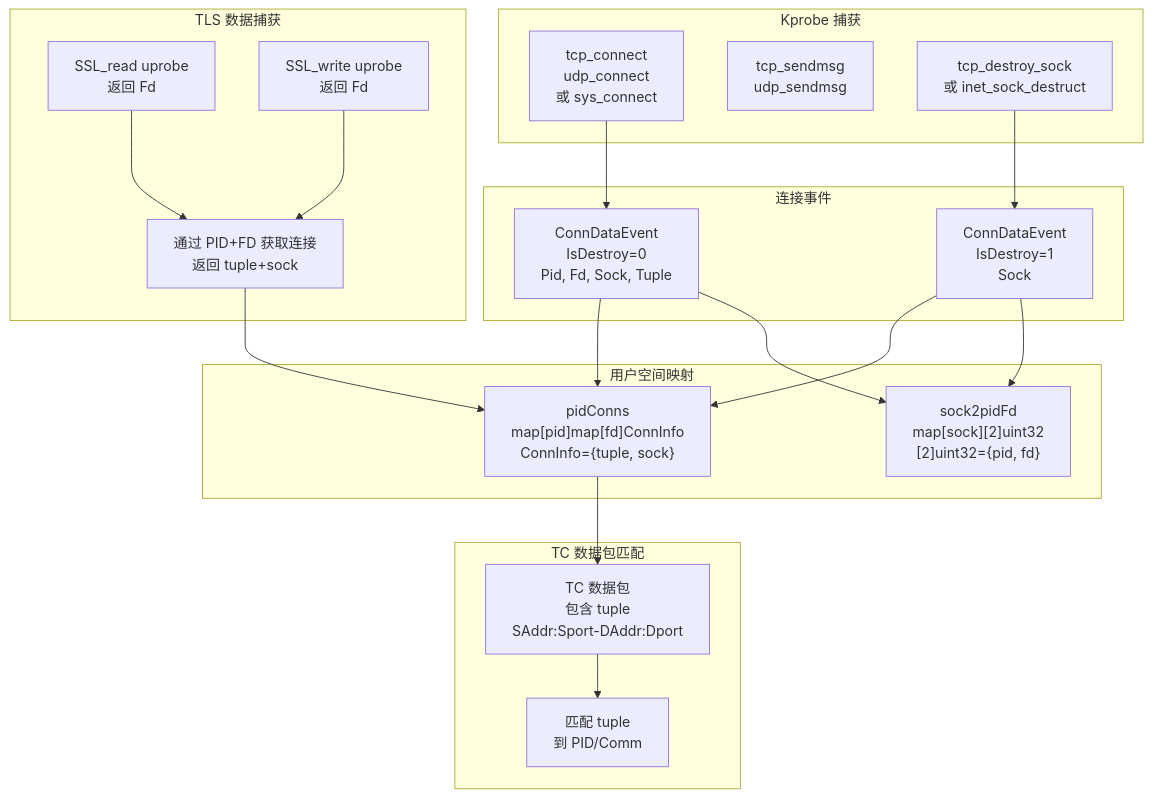
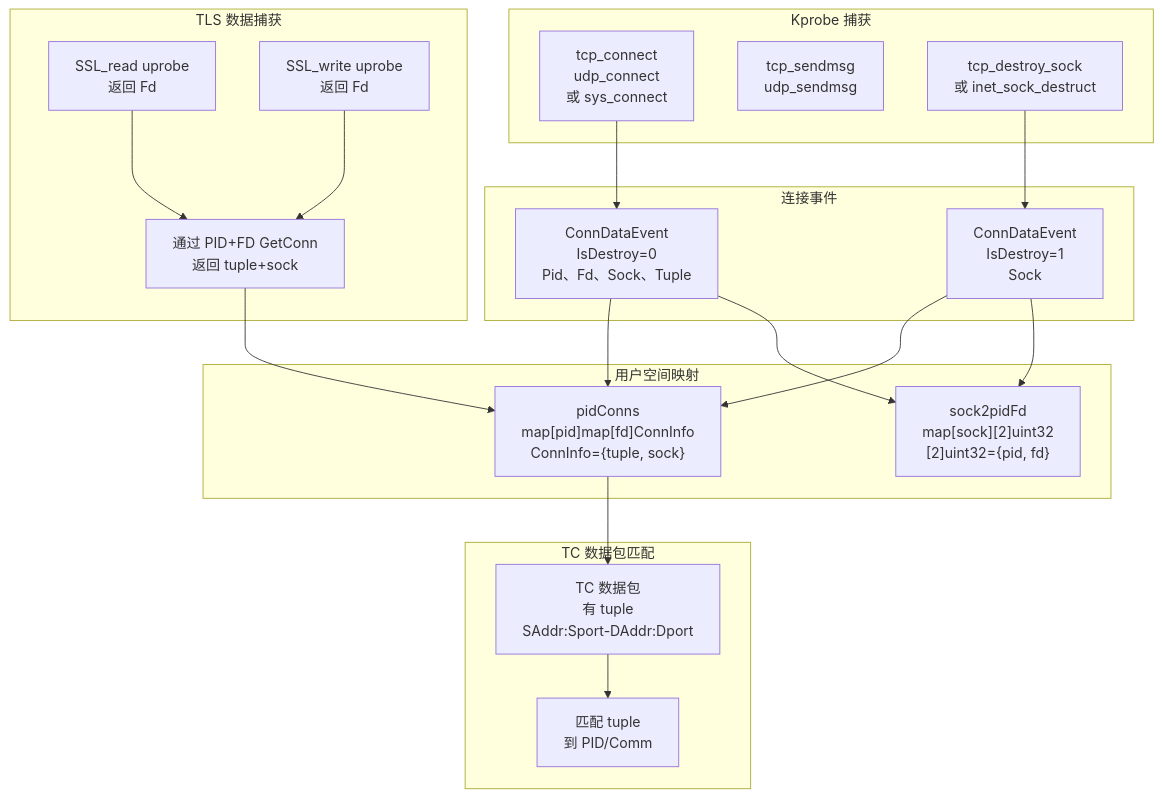
The seventh of 8 diagrams in src/zh/4-output-formats/4.2-pcap-integration.md (gojue/ecapture.cc), drawn with Mermaid before and after one commit. The commit also changed other lines of this file and 115 other files, not shown here.

````diff
--- a/src/zh/4-output-formats/4.2-pcap-integration.md
+++ b/src/zh/4-output-formats/4.2-pcap-integration.md
@@ -600,45 +605,45 @@
 ```mermaid
 graph TB
     subgraph "Kprobe 捕获"
-        CONNECT[tcp_connect<br/>udp_connect<br/>或 sys_connect]
-        SENDMSG[tcp_sendmsg<br/>udp_sendmsg]
-        DESTROY[tcp_destroy_sock<br/>或 inet_sock_destruct]
+        CONNECT["tcp_connect<br/>udp_connect<br/>或 sys_connect"]
+        SENDMSG["tcp_sendmsg<br/>udp_sendmsg"]
+        DESTROY["tcp_destroy_sock<br/>或 inet_sock_destruct"]
     end
     
     subgraph "连接事件"
-        CONN_CREATE[ConnDataEvent<br/>IsDestroy=0<br/>Pid, Fd, Sock, Tuple]
-        CONN_DESTROY[ConnDataEvent<br/>IsDestroy=1<br/>Sock]
+        CONN_CREATE["ConnDataEvent<br/>IsDestroy=0<br/>Pid、Fd、Sock、Tuple"]
+        CONN_DESTROY["ConnDataEvent<br/>IsDestroy=1<br/>Sock"]
     end
     
     subgraph "用户空间映射"
         PID_CONNS["pidConns<br/>map[pid]map[fd]ConnInfo<br/>ConnInfo={tuple, sock}"]
         SOCK_MAP["sock2pidFd<br/>map[sock][2]uint32<br/>[2]uint32={pid, fd}"]
     end
     
     subgraph "TLS 数据捕获"
-        SSL_READ[SSL_read uprobe<br/>返回 Fd]
-        SSL_WRITE[SSL_write uprobe<br/>返回 Fd]
-        LOOKUP[通过 PID+FD 获取连接<br/>返回 tuple+sock]
+        SSL_READ["SSL_read uprobe<br/>返回 Fd"]
+        SSL_WRITE["SSL_write uprobe<br/>返回 Fd"]
+        LOOKUP["通过 PID+FD GetConn<br/>返回 tuple+sock"]
     end
     
     subgraph "TC 数据包匹配"
-        TC_PKT[TC 数据包<br/>包含 tuple<br/>SAddr:Sport-DAddr:Dport]
-        MATCH[匹配 tuple<br/>到 PID/Comm]
+        TC_PKT["TC 数据包<br/>有 tuple<br/>SAddr:Sport-DAddr:Dport"]
+        MATCH["匹配 tuple<br/>到 PID/Comm"]
     end
     
     CONNECT --> CONN_CREATE
     DESTROY --> CONN_DESTROY
     
     CONN_CREATE --> PID_CONNS
     CONN_CREATE --> SOCK_MAP
     
     CONN_DESTROY --> PID_CONNS
     CONN_DESTROY --> SOCK_MAP
     
     SSL_READ --> LOOKUP
     SSL_WRITE --> LOOKUP
     LOOKUP --> PID_CONNS
     
     PID_CONNS --> TC_PKT
     TC_PKT --> MATCH
 ```
````
